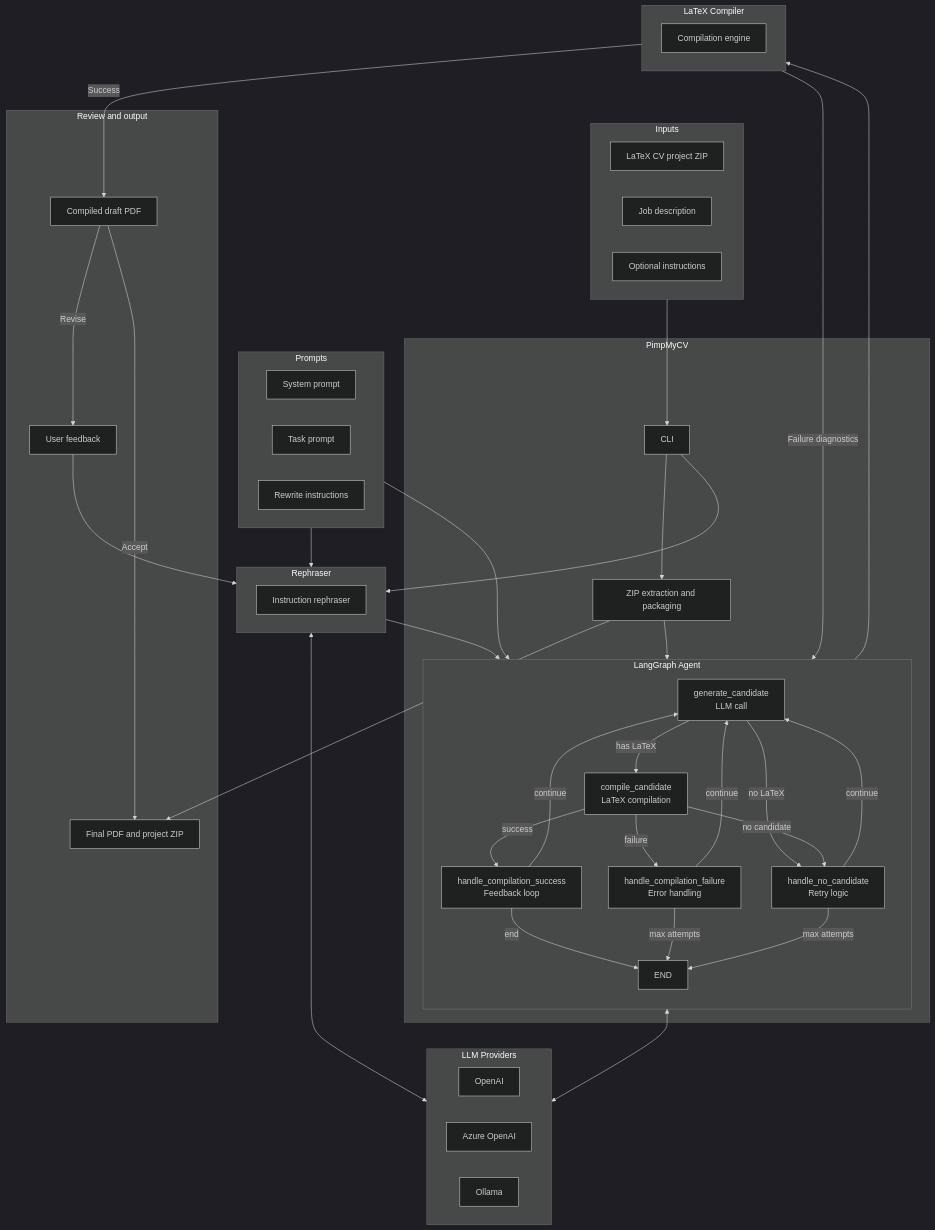
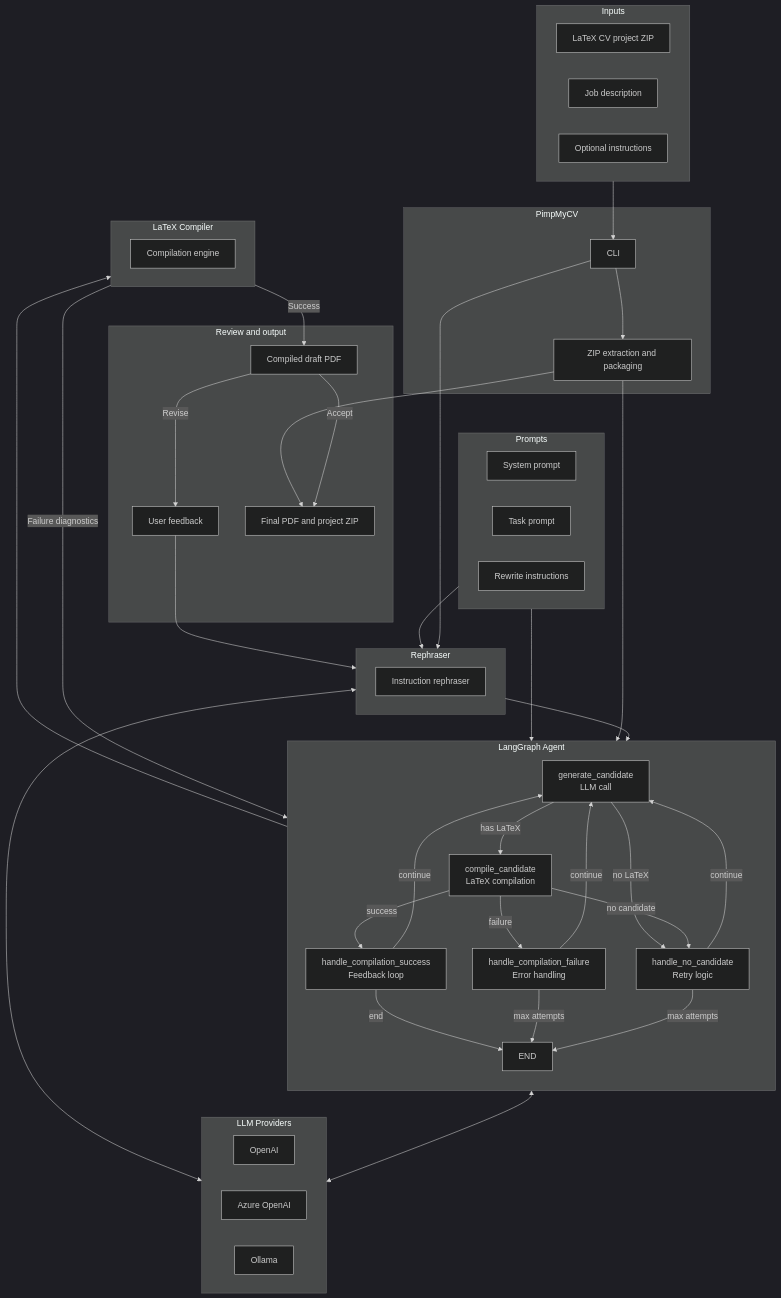
One commit to iosifidisvasileios/PimpMyCV changed the diagram in README.md. Above: the diagram before and after it, drawn with Mermaid (dark theme).

Commit message:
Separate LangGraph Agent block in architecture graph

````diff
--- a/README.md
+++ b/README.md
@@ -140,76 +140,76 @@
 ```mermaid
 graph TB
     subgraph Inputs["Inputs"]
         CV["LaTeX CV project ZIP"]
         Job["Job description"]
         Instructions["Optional instructions"]
     end
 
     subgraph PimpMyCV["PimpMyCV"]
         CLI["CLI"]
         Archive["ZIP extraction and packaging"]
+    end
+
+    subgraph LangGraphAgent["LangGraph Agent"]
+        direction TB
+        GC["generate_candidate<br/>LLM call"]
+        CC["compile_candidate<br/>LaTeX compilation"]
+        HS["handle_compilation_success<br/>Feedback loop"]
+        HF["handle_compilation_failure<br/>Error handling"]
+        HNC["handle_no_candidate<br/>Retry logic"]
         
-        subgraph LangGraphAgent["LangGraph Agent"]
-            direction TB
-            GC["generate_candidate<br/>LLM call"]
-            CC["compile_candidate<br/>LaTeX compilation"]
-            HS["handle_compilation_success<br/>Feedback loop"]
-            HF["handle_compilation_failure<br/>Error handling"]
-            HNC["handle_no_candidate<br/>Retry logic"]
-            
-            GC -->|has LaTeX| CC
-            GC -->|no LaTeX| HNC
-            CC -->|success| HS
-            CC -->|failure| HF
-            CC -->|no candidate| HNC
-            HS -->|continue| GC
-            HF -->|continue| GC
-            HNC -->|continue| GC
-            HS -->|end| END
-            HF -->|max attempts| END
-            HNC -->|max attempts| END
-        end
+        GC -->|has LaTeX| CC
+        GC -->|no LaTeX| HNC
+        CC -->|success| HS
+        CC -->|failure| HF
+        CC -->|no candidate| HNC
+        HS -->|continue| GC
+        HF -->|continue| GC
+        HNC -->|continue| GC
+        HS -->|end| END
+        HF -->|max attempts| END
+        HNC -->|max attempts| END
     end
 
     subgraph Prompts["Prompts"]
         P1["System prompt"]
         P2["Task prompt"]
         P3["Rewrite instructions"]
     end
 
     subgraph Rephraser["Rephraser"]
         R1["Instruction rephraser"]
     end
 
     subgraph Compiler["LaTeX Compiler"]
         C1["Compilation engine"]
     end
 
     subgraph Providers["LLM Providers"]
         OpenAI["OpenAI"]
         Azure["Azure OpenAI"]
         Ollama["Ollama"]
     end
 
     subgraph Review_and_Output["Review and output"]
         Draft["Compiled draft PDF"]
         Feedback["User feedback"]
         Final["Final PDF and project ZIP"]
     end
 
     Inputs --> CLI
     CLI --> Rephraser
     Rephraser --> LangGraphAgent
     CLI --> Archive
     Archive --> LangGraphAgent
     Prompts --> LangGraphAgent
     Prompts --> Rephraser
     LangGraphAgent <--> Providers
     Rephraser <--> Providers
     LangGraphAgent --> Compiler
     Compiler -->|Success| Draft
     Compiler -->|Failure diagnostics| LangGraphAgent
     Draft -->|Revise| Feedback --> Rephraser
     Draft -->|Accept| Final
     Archive --> Final
 ```
````
